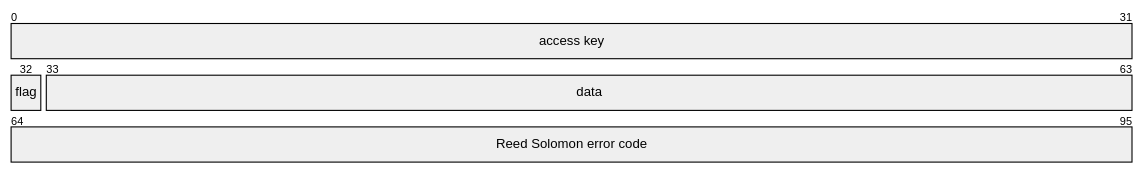
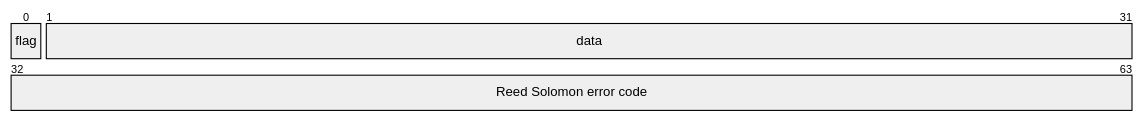
Before and after one commit to BimBim134/vibe-audioModem: the first of 2 diagrams in docs/parameters.md, drawn with Mermaid.

Commit message:
removed access key in packet description

````diff
--- a/docs/parameters.md
+++ b/docs/parameters.md
@@ -12,7 +12,6 @@
 ```mermaid
 packet
-+32:"access key"
 +1:"flag"
 +31:"data"
 +32:"Reed Solomon error code"
 ```
````
